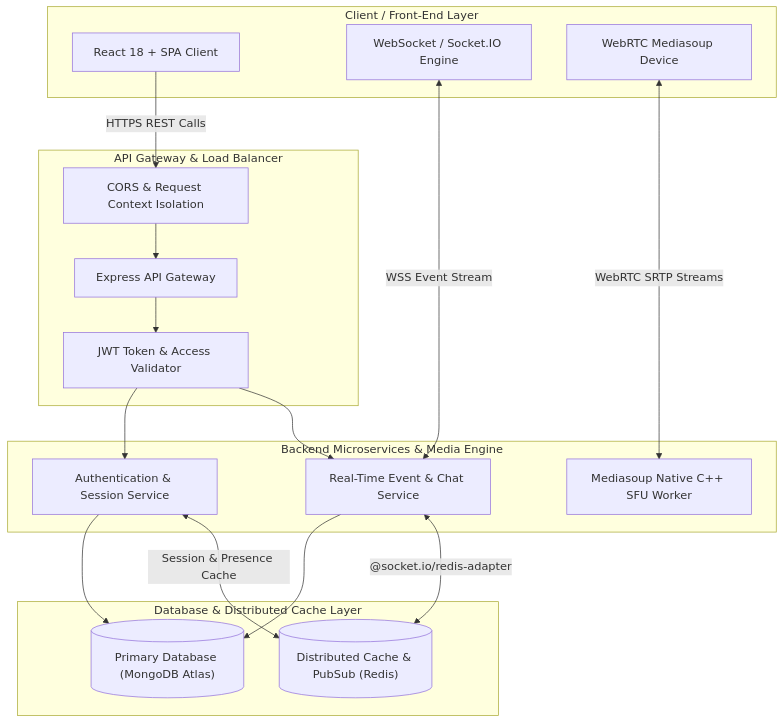
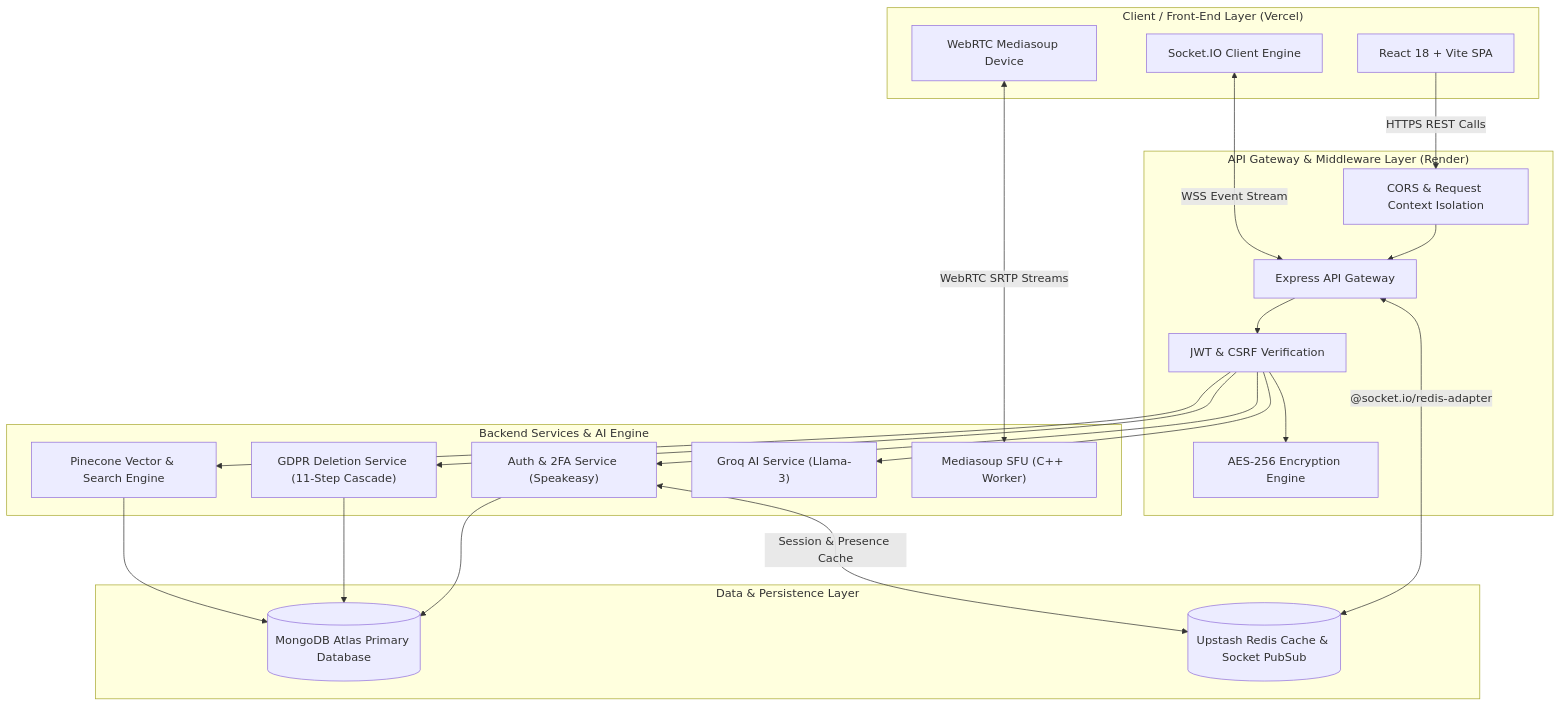
The diagram in README.md (Himanshu0523/Pulse-Platform), drawn with Mermaid before and after one commit. The commit also changed other lines of this file, not shown here.

````diff
--- a/README.md
+++ b/README.md
@@ -52,37 +35,39 @@
 ```mermaid
 flowchart TD
-    subgraph ClientLayer ["Client / Front-End Layer"]
-        ClientUI["React 18 + SPA Client"]
-        SocketEngine["WebSocket / Socket.IO Engine"]
+    subgraph ClientLayer ["Client / Front-End Layer (Vercel)"]
+        ClientUI["React 18 + Vite SPA"]
+        SocketEngine["Socket.IO Client Engine"]
         RTPDevice["WebRTC Mediasoup Device"]
     end
 
-    subgraph GatewayLayer ["API Gateway & Load Balancer"]
+    subgraph GatewayLayer ["API Gateway & Middleware Layer (Render)"]
         CORSFilter["CORS & Request Context Isolation"]
         APIGateway["Express API Gateway"]
-        AuthMiddleware["JWT Token & Access Validator"]
+        AuthMiddleware["JWT & CSRF Verification"]
+        CryptoService["AES-256 Encryption Engine"]
     end
 
-    subgraph ServiceLayer ["Backend Microservices & Media Engine"]
-        AuthService["Authentication & Session Service"]
-        ChatService["Real-Time Event & Chat Service"]
-        MediaSFU["Mediasoup Native C++ SFU Worker"]
+    subgraph ServiceLayer ["Backend Services & AI Engine"]
+        AuthService["Auth & 2FA Service (Speakeasy)"]
+        UserDeletion["GDPR Deletion Service (11-Step Cascade)"]
+        VectorSearch["Pinecone Vector & Search Engine"]
+        SmartReplies["Groq AI Service (Llama-3)"]
+        MediaSFU["Mediasoup SFU (C++ Worker)"]
     end
 
-    subgraph DataLayer ["Database & Distributed Cache Layer"]
-        MongoDB[("Primary Database (MongoDB Atlas)")]
-        RedisCache[("Distributed Cache & PubSub (Redis)")]
+    subgraph DataLayer ["Data & Persistence Layer"]
+        MongoDB[("MongoDB Atlas Primary Database")]
+        RedisCache[("Upstash Redis Cache & Socket PubSub")]
     end
 
     ClientUI -->|"HTTPS REST Calls"| CORSFilter
-    CORSFilter --> APIGateway --> AuthMiddleware
-    AuthMiddleware --> AuthService & ChatService
+    CORSFilter --> APIGateway --> AuthMiddleware --> CryptoService
+    AuthMiddleware --> AuthService & UserDeletion & VectorSearch & SmartReplies
 
-    SocketEngine <-->|"WSS Event Stream"| ChatService
+    SocketEngine <-->|"WSS Event Stream"| APIGateway
     RTPDevice <-->|"WebRTC SRTP Streams"| MediaSFU
 
-    AuthService --> MongoDB
-    ChatService --> MongoDB
-    ChatService <-->|"@socket.io/redis-adapter"| RedisCache
+    AuthService & UserDeletion & VectorSearch --> MongoDB
+    APIGateway <-->|"@socket.io/redis-adapter"| RedisCache
     AuthService <-->|"Session & Presence Cache"| RedisCache
 ```
````
